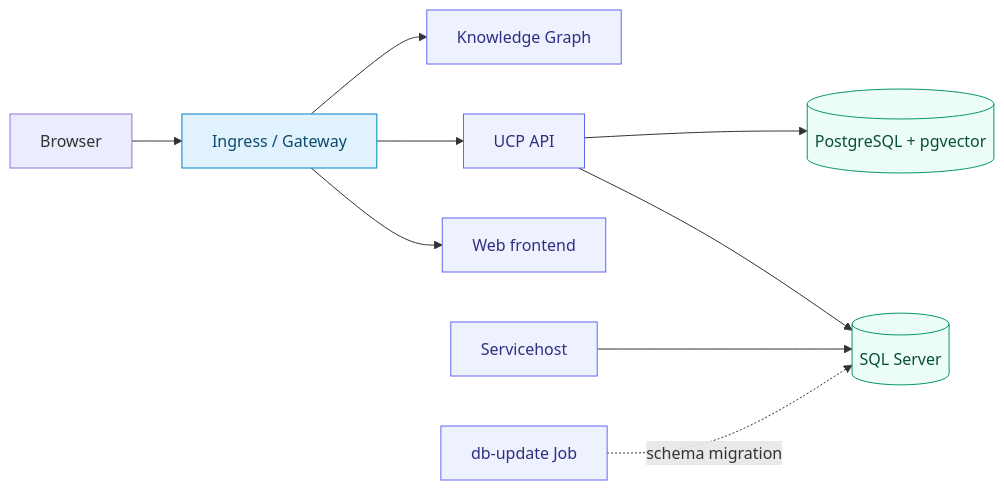
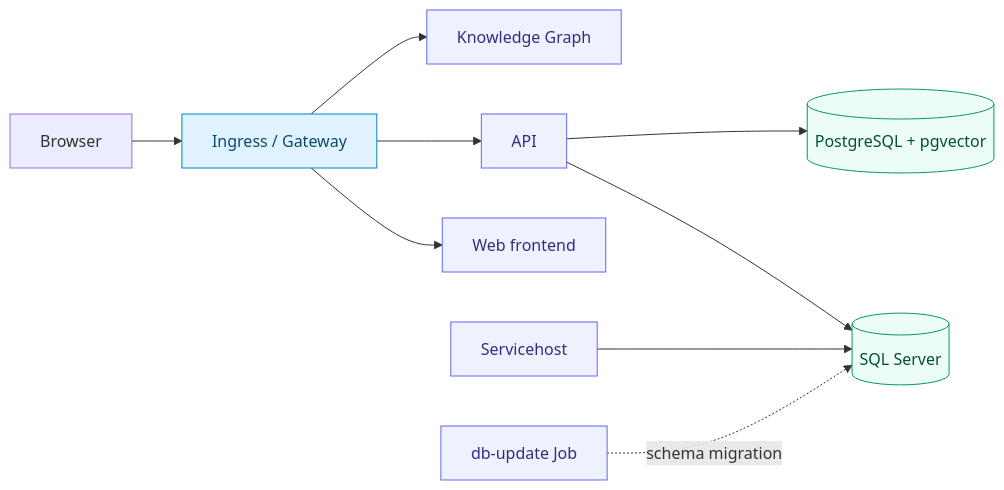
The diagram in README.md (mef-dev/k8s), drawn with Mermaid before and after one commit. The commit also changed other lines of this file, not shown here.

Commit message:
Use API name consistently in README

````diff
--- a/README.md
+++ b/README.md
@@ -36,17 +36,17 @@
 ```mermaid
 flowchart LR
     Browser[Browser] --> Edge[Ingress / Gateway]
     Edge --> Apps[Web frontend]
-    Edge --> API[UCP API]
+    Edge --> API[API]
     Edge --> Docs[Knowledge Graph]
     API --> SQL[(SQL Server)]
     API --> PG[(PostgreSQL + pgvector)]
     Workers[Servicehost] --> SQL
     Migration[db-update Job] -. schema migration .-> SQL
     classDef edge fill:#e0f2fe,stroke:#0284c7,color:#0c4a6e
     classDef app fill:#eef2ff,stroke:#6366f1,color:#312e81
     classDef data fill:#ecfdf5,stroke:#059669,color:#064e3b
     class Edge edge
     class Apps,API,Docs,Workers,Migration app
     class SQL,PG data
 ```
````
